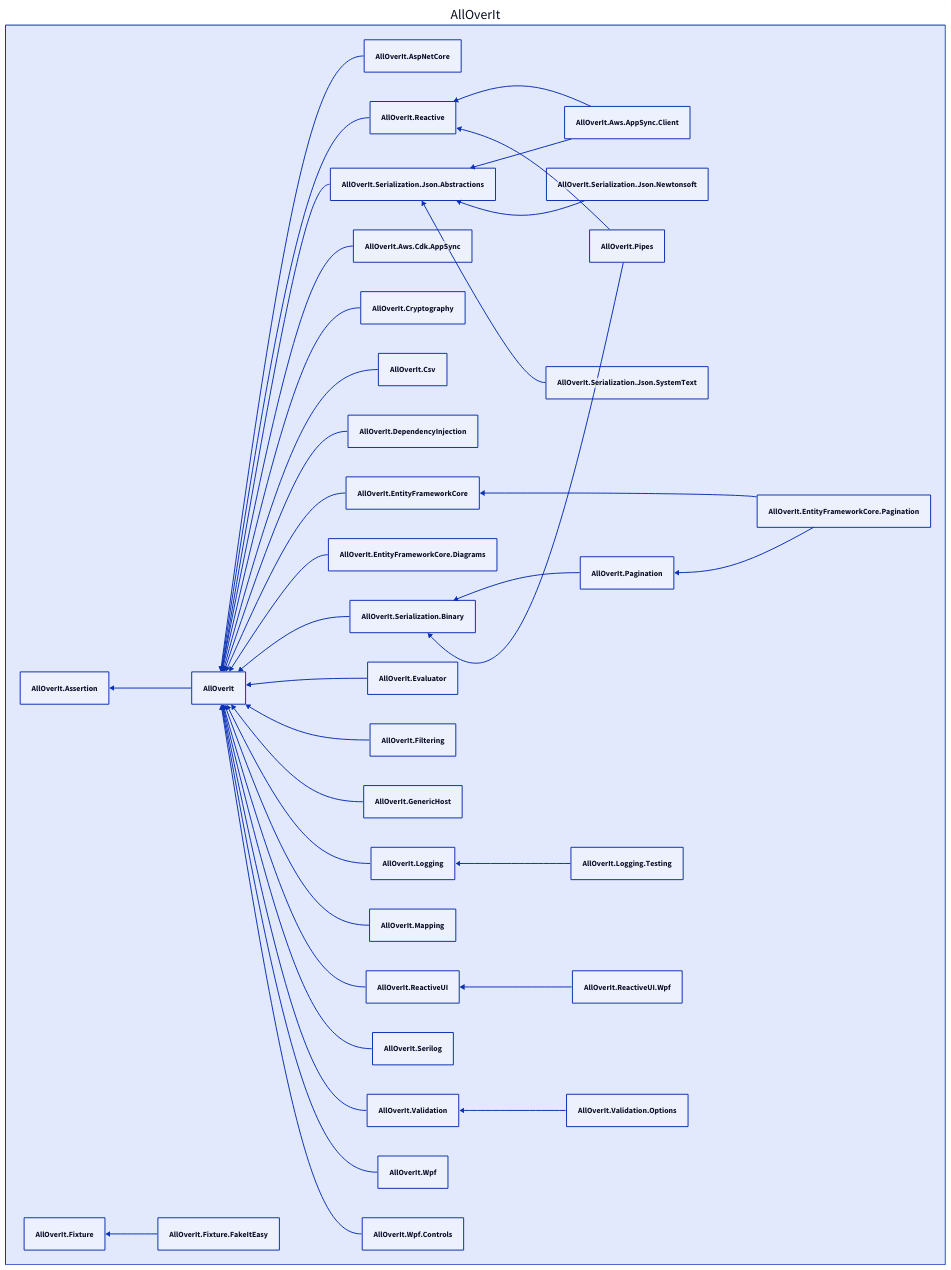
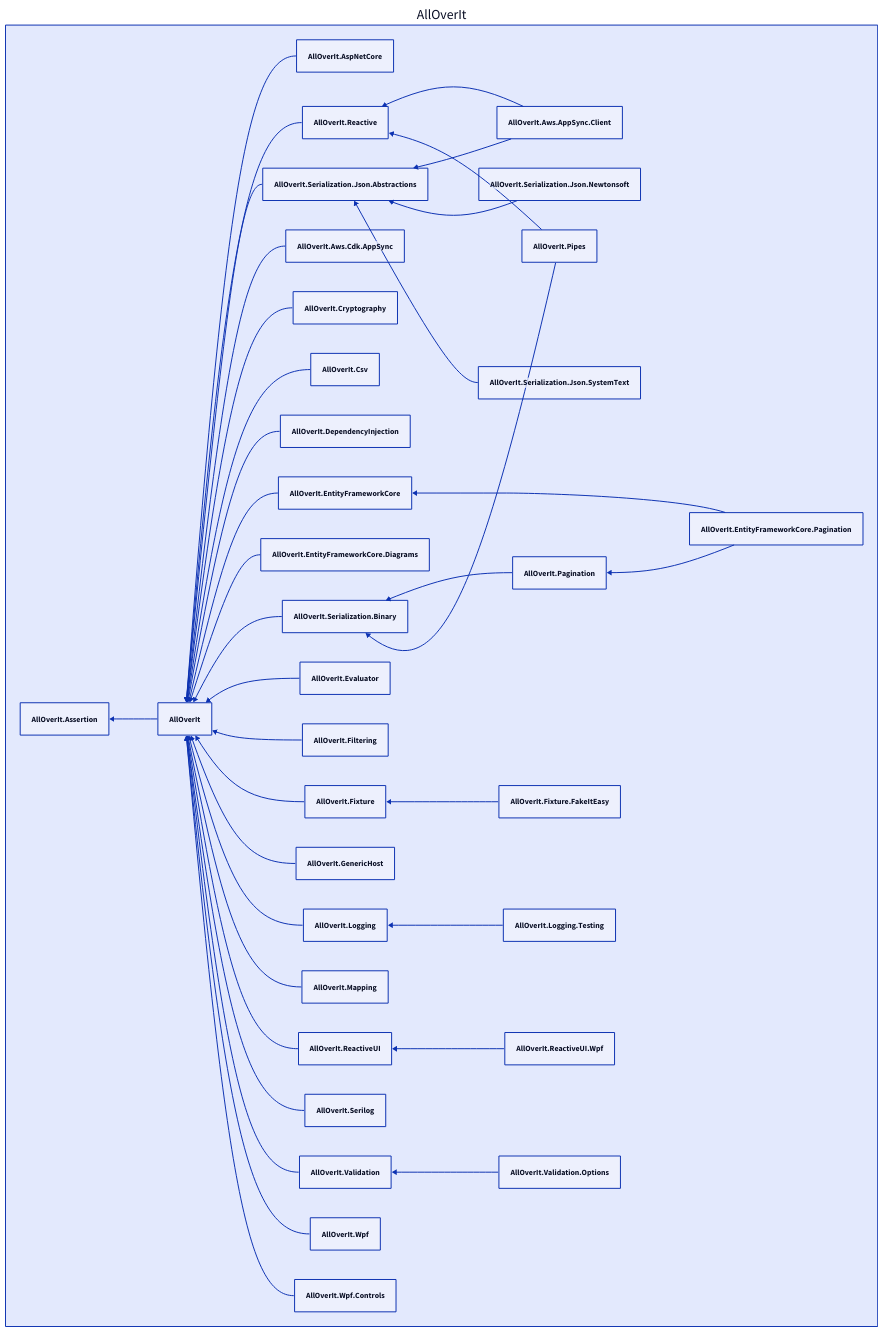
Before and after one commit to mjfreelancing/AllOverIt: the diagram in Docs/Reference/Content/images/dependencies/net8.0/alloverit-all.d2, drawn with D2. The commit also changed 194 other files, not shown here.

```diff
--- a/Docs/Reference/Content/images/dependencies/net8.0/alloverit-all.d2
+++ b/Docs/Reference/Content/images/dependencies/net8.0/alloverit-all.d2
@@ -1,70 +1,71 @@
 direction: left
 
 aoi: AllOverIt
 aoi.alloverit: AllOverIt
 aoi.alloverit-assertion: AllOverIt.Assertion
 aoi.alloverit-assertion <- aoi.alloverit
 aoi.alloverit-aspnetcore: AllOverIt.AspNetCore
 aoi.alloverit <- aoi.alloverit-aspnetcore
 aoi.alloverit-aws-appsync-client: AllOverIt.Aws.AppSync.Client
 aoi.alloverit-reactive: AllOverIt.Reactive
 aoi.alloverit <- aoi.alloverit-reactive
 aoi.alloverit-reactive <- aoi.alloverit-aws-appsync-client
 aoi.alloverit-serialization-json-abstractions: AllOverIt.Serialization.Json.Abstractions
 aoi.alloverit <- aoi.alloverit-serialization-json-abstractions
 aoi.alloverit-serialization-json-abstractions <- aoi.alloverit-aws-appsync-client
 aoi.alloverit-aws-cdk-appsync: AllOverIt.Aws.Cdk.AppSync
 aoi.alloverit <- aoi.alloverit-aws-cdk-appsync
 aoi.alloverit-cryptography: AllOverIt.Cryptography
 aoi.alloverit <- aoi.alloverit-cryptography
 aoi.alloverit-csv: AllOverIt.Csv
 aoi.alloverit <- aoi.alloverit-csv
 aoi.alloverit-dependencyinjection: AllOverIt.DependencyInjection
 aoi.alloverit <- aoi.alloverit-dependencyinjection
 aoi.alloverit-entityframeworkcore: AllOverIt.EntityFrameworkCore
 aoi.alloverit <- aoi.alloverit-entityframeworkcore
 aoi.alloverit-entityframeworkcore-diagrams: AllOverIt.EntityFrameworkCore.Diagrams
 aoi.alloverit <- aoi.alloverit-entityframeworkcore-diagrams
 aoi.alloverit-entityframeworkcore-pagination: AllOverIt.EntityFrameworkCore.Pagination
 aoi.alloverit-entityframeworkcore <- aoi.alloverit-entityframeworkcore-pagination
 aoi.alloverit-pagination: AllOverIt.Pagination
 aoi.alloverit-serialization-binary: AllOverIt.Serialization.Binary
 aoi.alloverit <- aoi.alloverit-serialization-binary
 aoi.alloverit-serialization-binary <- aoi.alloverit-pagination
 aoi.alloverit-pagination <- aoi.alloverit-entityframeworkcore-pagination
 aoi.alloverit-evaluator: AllOverIt.Evaluator
 aoi.alloverit <- aoi.alloverit-evaluator
 aoi.alloverit-filtering: AllOverIt.Filtering
 aoi.alloverit <- aoi.alloverit-filtering
 aoi.alloverit-fixture: AllOverIt.Fixture
+aoi.alloverit <- aoi.alloverit-fixture
 aoi.alloverit-fixture-fakeiteasy: AllOverIt.Fixture.FakeItEasy
 aoi.alloverit-fixture <- aoi.alloverit-fixture-fakeiteasy
 aoi.alloverit-generichost: AllOverIt.GenericHost
 aoi.alloverit <- aoi.alloverit-generichost
 aoi.alloverit-logging: AllOverIt.Logging
 aoi.alloverit <- aoi.alloverit-logging
 aoi.alloverit-logging-testing: AllOverIt.Logging.Testing
 aoi.alloverit-logging <- aoi.alloverit-logging-testing
 aoi.alloverit-mapping: AllOverIt.Mapping
 aoi.alloverit <- aoi.alloverit-mapping
 aoi.alloverit-pipes: AllOverIt.Pipes
 aoi.alloverit-serialization-binary <- aoi.alloverit-pipes
 aoi.alloverit-reactive <- aoi.alloverit-pipes
 aoi.alloverit-reactiveui: AllOverIt.ReactiveUI
 aoi.alloverit <- aoi.alloverit-reactiveui
 aoi.alloverit-reactiveui-wpf: AllOverIt.ReactiveUI.Wpf
 aoi.alloverit-reactiveui <- aoi.alloverit-reactiveui-wpf
 aoi.alloverit-serialization-json-newtonsoft: AllOverIt.Serialization.Json.Newtonsoft
 aoi.alloverit-serialization-json-abstractions <- aoi.alloverit-serialization-json-newtonsoft
 aoi.alloverit-serialization-json-systemtext: AllOverIt.Serialization.Json.SystemText
 aoi.alloverit-serialization-json-abstractions <- aoi.alloverit-serialization-json-systemtext
 aoi.alloverit-serilog: AllOverIt.Serilog
 aoi.alloverit <- aoi.alloverit-serilog
 aoi.alloverit-validation: AllOverIt.Validation
 aoi.alloverit <- aoi.alloverit-validation
 aoi.alloverit-validation-options: AllOverIt.Validation.Options
 aoi.alloverit-validation <- aoi.alloverit-validation-options
 aoi.alloverit-wpf: AllOverIt.Wpf
 aoi.alloverit <- aoi.alloverit-wpf
 aoi.alloverit-wpf-controls: AllOverIt.Wpf.Controls
 aoi.alloverit <- aoi.alloverit-wpf-controls
```
